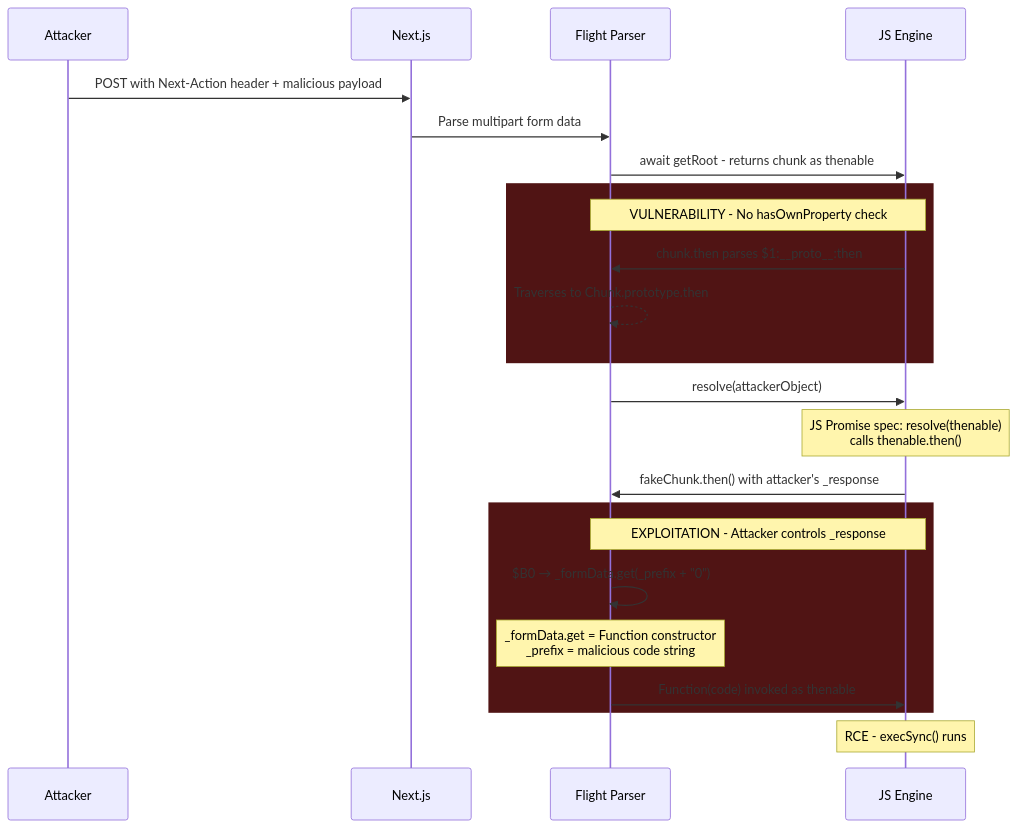
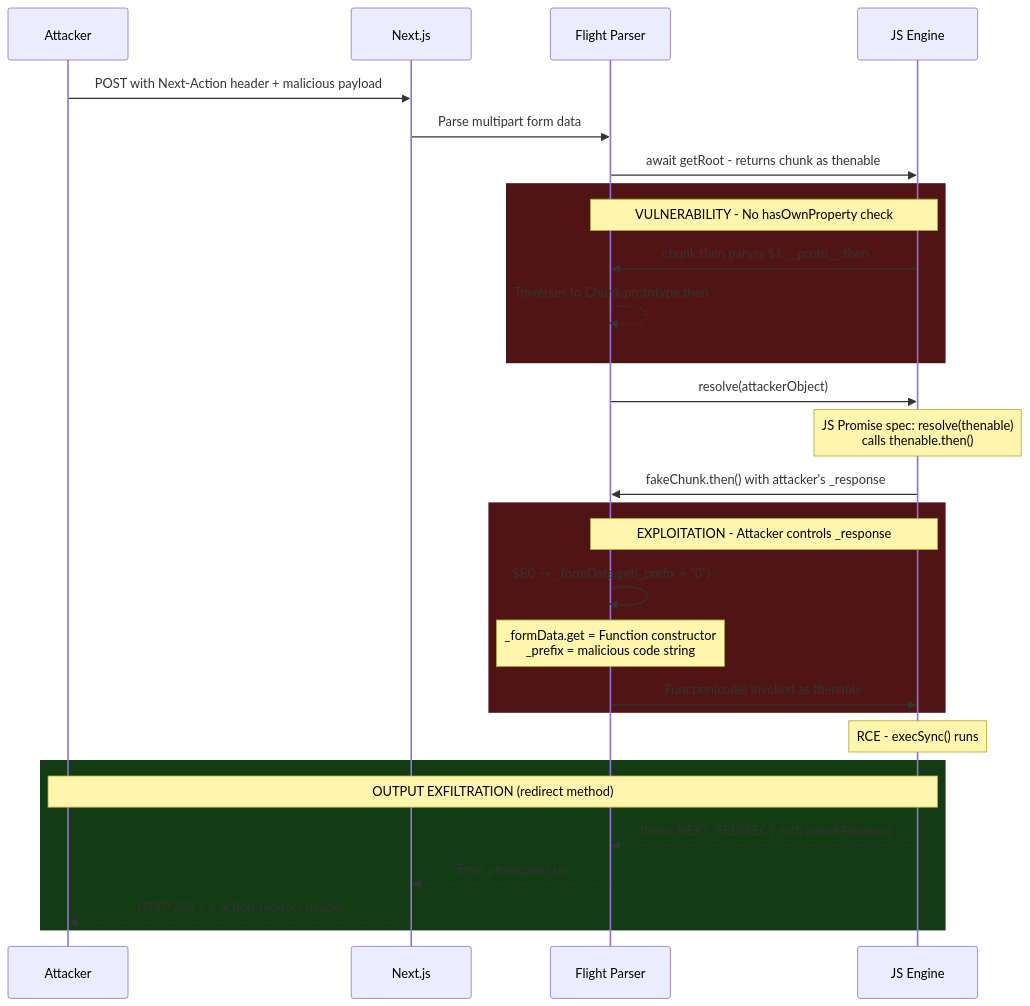
One commit to freeqaz/react2shell changed the diagram in README.md. Above: the diagram before and after it, drawn with Mermaid.

Commit message:
Add output exfiltration flow to mermaid diagram

````diff
--- a/README.md
+++ b/README.md
@@ -233,30 +233,37 @@
 ```mermaid
 sequenceDiagram
     participant A as Attacker
     participant N as Next.js
     participant F as Flight Parser
     participant JS as JS Engine
 
     A->>N: POST with Next-Action header + malicious payload
     N->>F: Parse multipart form data
     F->>JS: await getRoot - returns chunk as thenable
 
     rect rgb(80, 20, 20)
         Note over F,JS: VULNERABILITY - No hasOwnProperty check
         JS->>F: chunk.then parses $1:__proto__:then
         F-->>F: Traverses to Chunk.prototype.then
     end
 
     F->>JS: resolve(attackerObject)
     Note over JS: JS Promise spec: resolve(thenable)<br/>calls thenable.then()
     JS->>F: fakeChunk.then() with attacker's _response
 
     rect rgb(80, 20, 20)
         Note over F,JS: EXPLOITATION - Attacker controls _response
         F->>F: $B0 → _formData.get(_prefix + "0")
         Note over F: _formData.get = Function constructor<br/>_prefix = malicious code string
         F->>JS: Function(code) invoked as thenable
     end
 
     Note over JS: RCE - execSync() runs
+
+    rect rgb(20, 60, 20)
+        Note over A,JS: OUTPUT EXFILTRATION (redirect method)
+        JS-->>F: throw NEXT_REDIRECT with base64(output)
+        F-->>N: Error propagates up
+        N-->>A: HTTP 303 + x-action-redirect header
+    end
 ```
````
